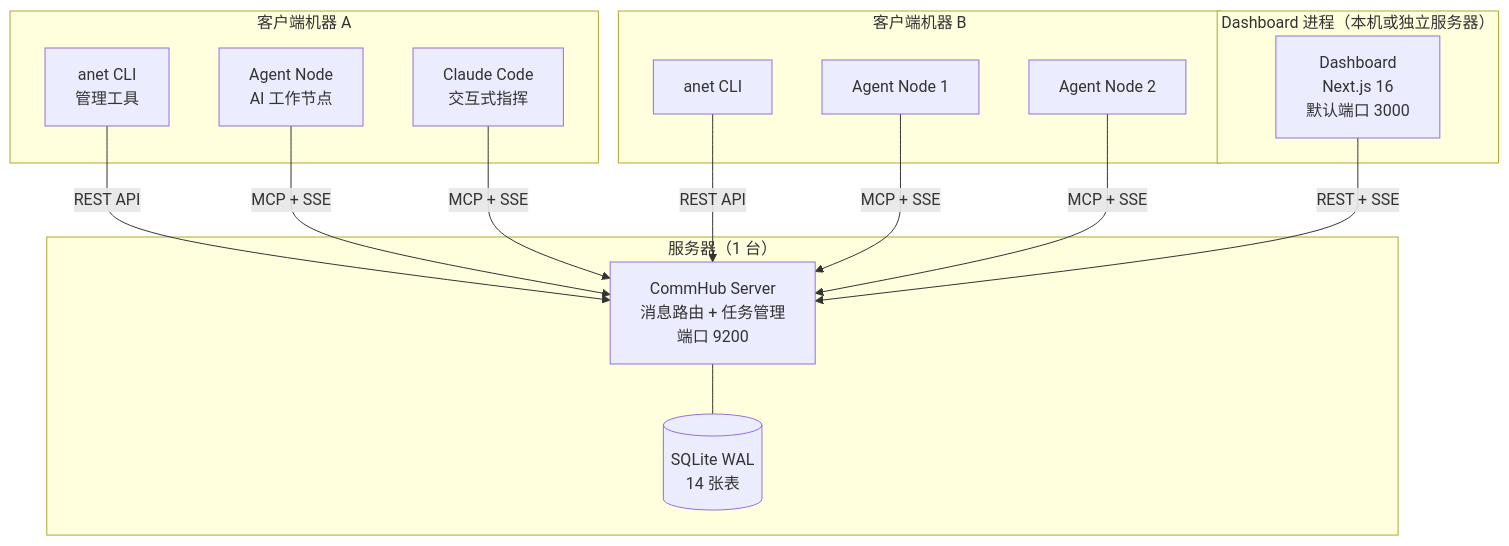
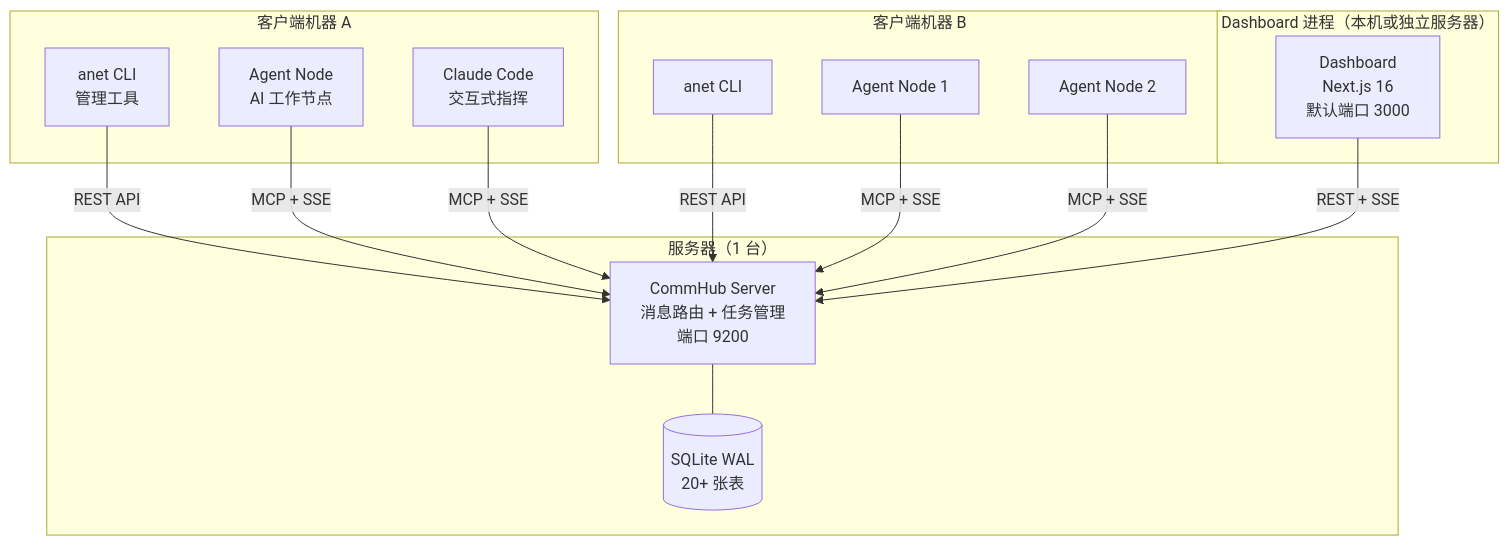
Before and after one commit to sleep2agi/agent-network: the first of 8 diagrams in docs-site/docs/guide/architecture.md, drawn with Mermaid. The commit also changed other lines of this file and 14 other files, not shown here.

````diff
--- a/docs-site/docs/guide/architecture.md
+++ b/docs-site/docs/guide/architecture.md
@@ -9,32 +9,32 @@
 ```mermaid
 graph TB
     subgraph "服务器（1 台）"
         S["CommHub Server<br/>消息路由 + 任务管理<br/>端口 9200"]
-        DB[(SQLite WAL<br/>14 张表)]
+        DB[(SQLite WAL<br/>20+ 张表)]
         S --- DB
     end
 
     subgraph "Dashboard 进程（本机或独立服务器）"
         DASH_FULL["Dashboard<br/>Next.js 16<br/>默认端口 3000"]
     end
 
     subgraph "客户端机器 A"
         CLI_A["anet CLI<br/>管理工具"]
         AN_A["Agent Node<br/>AI 工作节点"]
         CC_A["Claude Code<br/>交互式指挥"]
     end
 
     subgraph "客户端机器 B"
         CLI_B["anet CLI"]
         AN_B1["Agent Node 1"]
         AN_B2["Agent Node 2"]
     end
 
     CLI_A -->|"REST API"| S
     AN_A -->|"MCP + SSE"| S
     CC_A -->|"MCP + SSE"| S
     CLI_B -->|"REST API"| S
     AN_B1 -->|"MCP + SSE"| S
     AN_B2 -->|"MCP + SSE"| S
     DASH_FULL -->|"REST + SSE"| S
 ```
````
